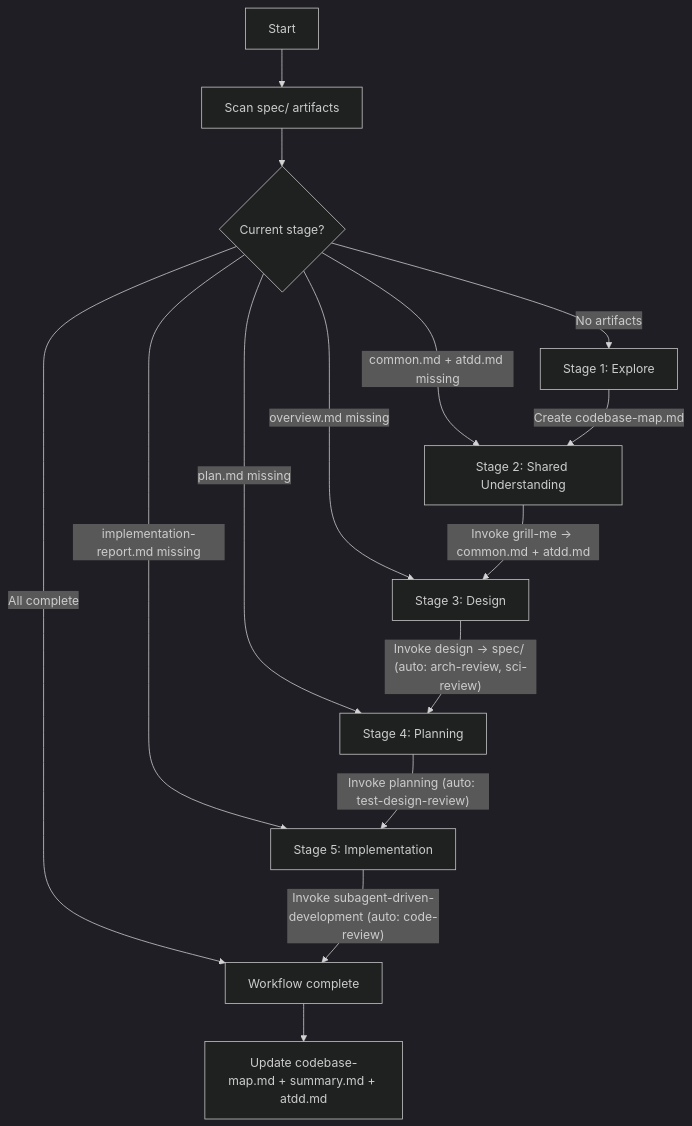
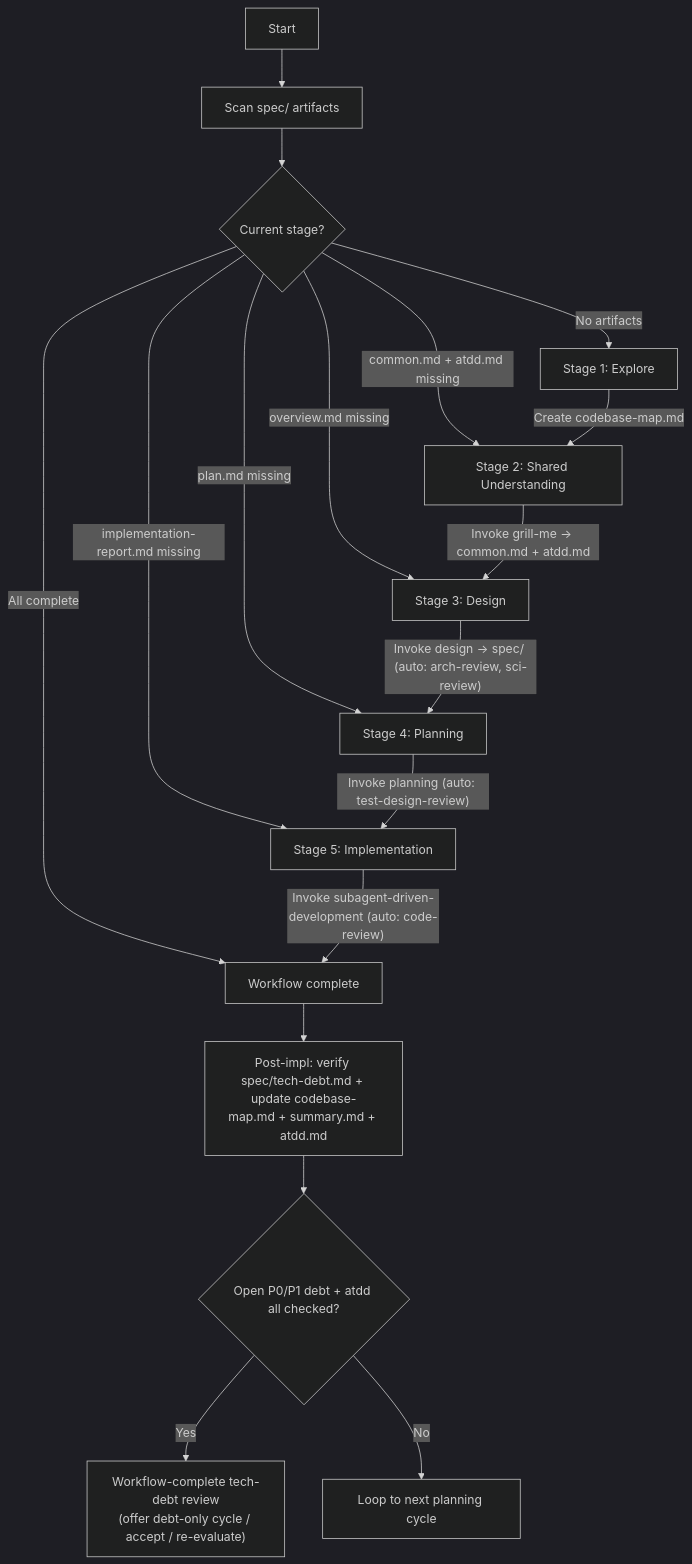
One commit to KiSae-Lee/agentic-workflow changed the first of 2 diagrams in .claude/skills/control-tower/SKILL.md. Above: the diagram before and after it, drawn with Mermaid (dark theme). The commit also changed other lines of this file and 14 other files, not shown here.

First line of the commit message:
feat(skills): add tech-debt tracking workflow and restructure spec/

````diff
--- a/.claude/skills/control-tower/SKILL.md
+++ b/.claude/skills/control-tower/SKILL.md
@@ -82,21 +86,24 @@
 ```mermaid
 flowchart TD
     A[Start] --> D[Scan spec/ artifacts]
 
     D --> E{Current stage?}
 
     E -->|No artifacts| F["Stage 1: Explore"]
     E -->|common.md + atdd.md missing| G["Stage 2: Shared Understanding"]
     E -->|overview.md missing| H["Stage 3: Design"]
     E -->|plan.md missing| I["Stage 4: Planning"]
     E -->|implementation-report.md missing| J["Stage 5: Implementation"]
     E -->|All complete| K[Workflow complete]
 
     F -->|"Create codebase-map.md"| G
     G -->|"Invoke grill-me → common.md + atdd.md"| H
     H -->|"Invoke design → spec/ (auto: arch-review, sci-review)"| I
     I -->|"Invoke planning (auto: test-design-review)"| J
     J -->|"Invoke subagent-driven-development (auto: code-review)"| K
 
-    K --> L["Update codebase-map.md + summary.md + atdd.md"]
+    K --> L["Post-impl: verify spec/tech-debt.md + update codebase-map.md + summary.md + atdd.md"]
+    L --> M{Open P0/P1 debt + atdd all checked?}
+    M -->|Yes| N["Workflow-complete tech-debt review<br/>(offer debt-only cycle / accept / re-evaluate)"]
+    M -->|No| O[Loop to next planning cycle]
 ```
````
